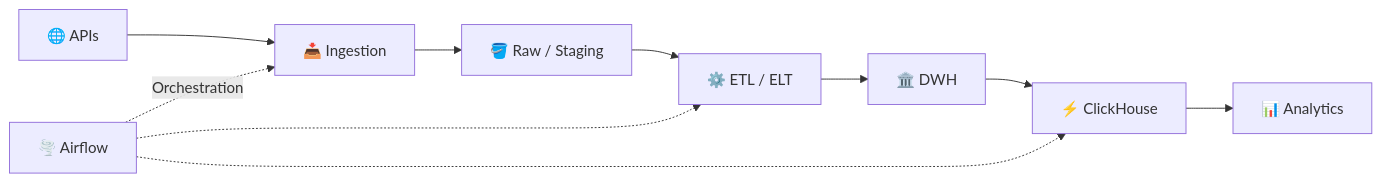
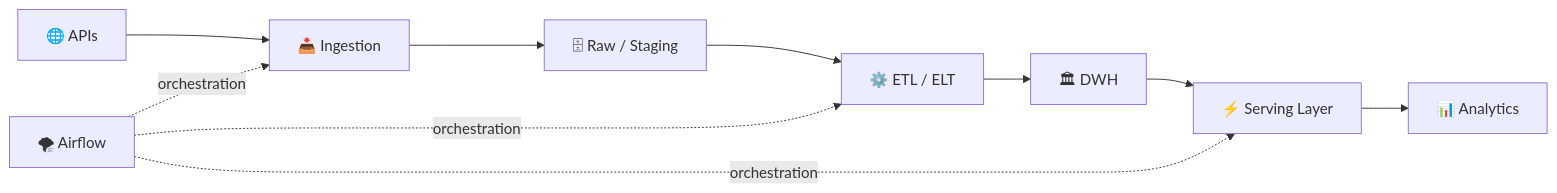
The diagram in README.md (1nf6ct6d/1nf6ct6d), drawn with Mermaid before and after one commit. The commit also changed other lines of this file, not shown here.

````diff
--- a/README.md
+++ b/README.md
@@ -63,13 +81,13 @@
 ```mermaid
 flowchart LR
-    A["🌐 APIs"] --> B["📥 Ingestion"]
-    B --> C["🪣 Raw / Staging"]
-    C --> D["⚙️ ETL / ELT"]
-    D --> E["🏛️ DWH"]
-    E --> F["⚡ ClickHouse"]
-    F --> G["📊 Analytics"]
+    API["🌐 APIs"] --> ING["📥 Ingestion"]
+    ING --> RAW["🗄 Raw / Staging"]
+    RAW --> ETL["⚙️ ETL / ELT"]
+    ETL --> DWH["🏛 DWH"]
+    DWH --> SERVE["⚡ Serving Layer"]
+    SERVE --> BI["📊 Analytics"]
 
-    H["🌪️ Airflow"] -. Orchestration .-> B
-    H -.-> D
-    H -.-> F
+    AIRFLOW["🌪 Airflow"] -. orchestration .-> ING
+    AIRFLOW -. orchestration .-> ETL
+    AIRFLOW -. orchestration .-> SERVE
 ```
````
